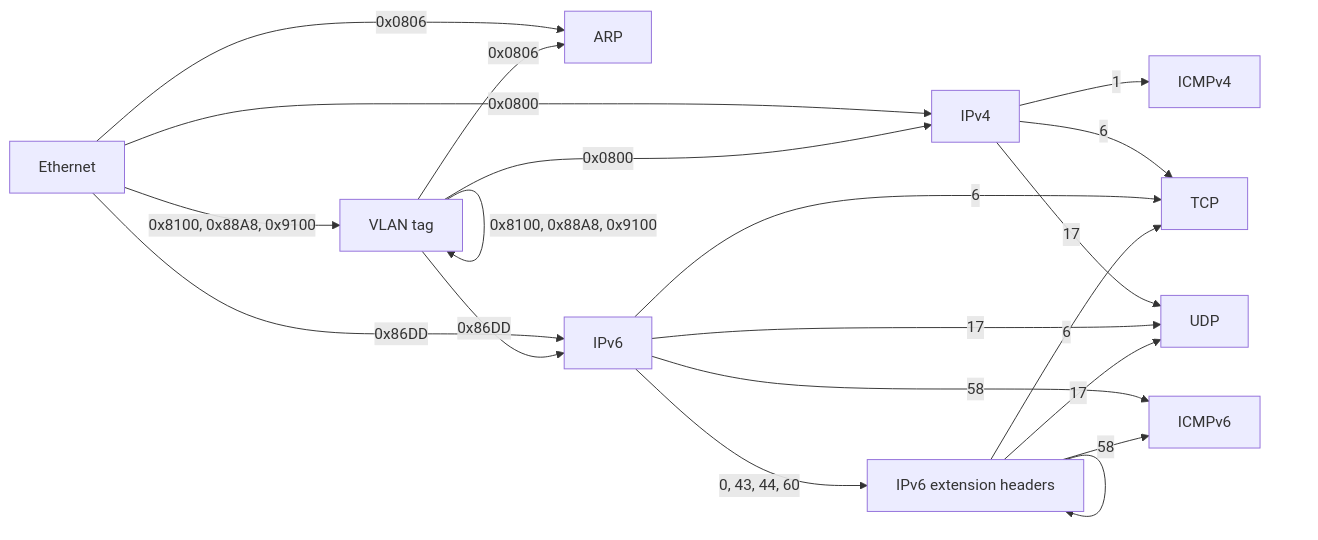
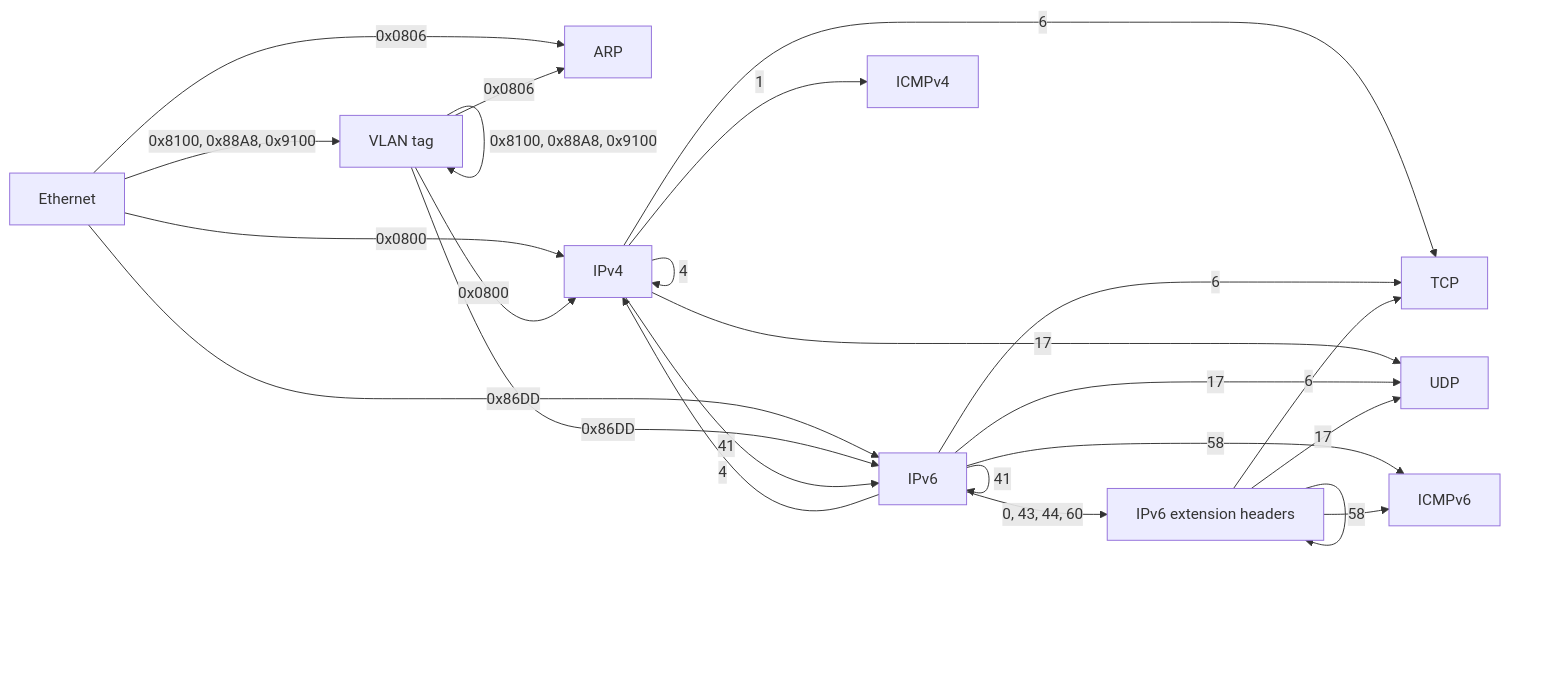
The diagram in ARCHITECTURE.md (EONRaider/NETProtocols), drawn with Mermaid before and after one commit.

Commit message:
docs: show IP-in-IP's protocol 4 and 41 edges in the chain diagram
Claude-Session: https://claude.ai/code/session_01CEQCZGyuvpMyZwUbDucF3G

````diff
--- a/ARCHITECTURE.md
+++ b/ARCHITECTURE.md
@@ -225,22 +225,26 @@
 ```mermaid
 flowchart LR
   E[Ethernet] -->|0x0806| A[ARP]
   E -->|0x0800| I4[IPv4]
   E -->|0x86DD| I6[IPv6]
   E -->|0x8100, 0x88A8, 0x9100| V[VLAN tag]
   V -->|0x8100, 0x88A8, 0x9100| V
   V -->|0x0806| A
   V -->|0x0800| I4
   V -->|0x86DD| I6
   I4 -->|1| IC4[ICMPv4]
   I4 -->|6| T[TCP]
   I4 -->|17| U[UDP]
   I6 -->|58| IC6[ICMPv6]
   I6 -->|6| T
   I6 -->|17| U
+  I4 -->|4| I4
+  I4 -->|41| I6
+  I6 -->|4| I4
+  I6 -->|41| I6
   I6 -->|0, 43, 44, 60| X[IPv6 extension headers]
   X --> X
   X -->|58| IC6
   X -->|6| T
   X -->|17| U
 ```
````
